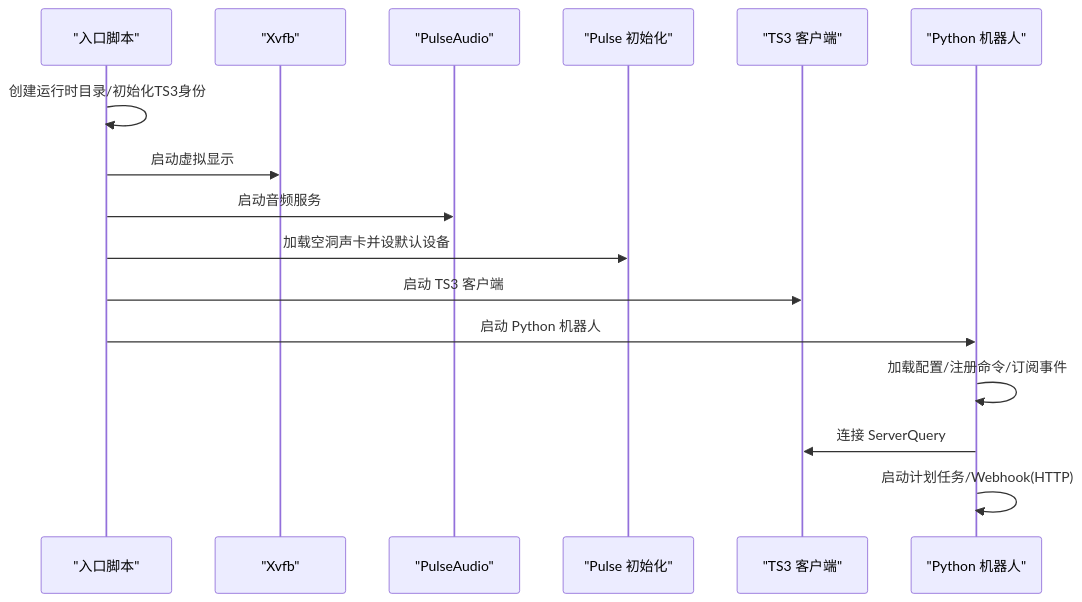
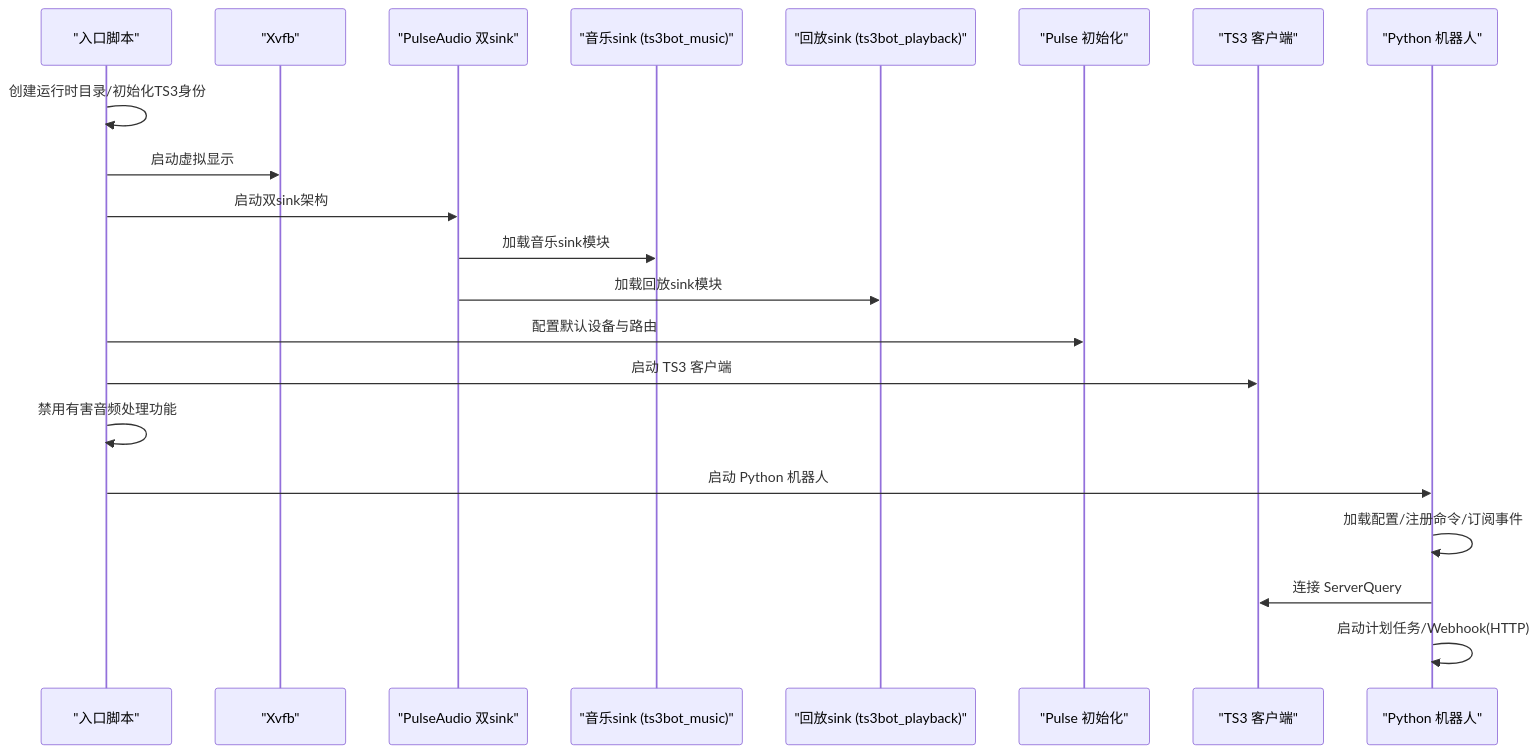
The second of 3 diagrams in .qoder/repowiki/zh/content/部署和运维/部署和运维.md (GhoulOwl/Teamspeak3_Bot), drawn with Mermaid before and after one commit. The commit also changed other lines of this file and 13 other files, not shown here.

````diff
--- a/.qoder/repowiki/zh/content/部署和运维/部署和运维.md
+++ b/.qoder/repowiki/zh/content/部署和运维/部署和运维.md
@@ -103,18 +115,23 @@
 ```mermaid
 sequenceDiagram
 participant Entrypoint as "入口脚本"
 participant Xvfb as "Xvfb"
-participant Pulse as "PulseAudio"
+participant Pulse as "PulseAudio 双sink"
+participant MusicSink as "音乐sink (ts3bot_music)"
+participant PlaybackSink as "回放sink (ts3bot_playback)"
 participant Init as "Pulse 初始化"
 participant TS3 as "TS3 客户端"
 participant Bot as "Python 机器人"
 Entrypoint->>Entrypoint : 创建运行时目录/初始化TS3身份
 Entrypoint->>Xvfb : 启动虚拟显示
-Entrypoint->>Pulse : 启动音频服务
-Entrypoint->>Init : 加载空洞声卡并设默认设备
+Entrypoint->>Pulse : 启动双sink架构
+Pulse->>MusicSink : 加载音乐sink模块
+Pulse->>PlaybackSink : 加载回放sink模块
+Entrypoint->>Init : 配置默认设备与路由
 Entrypoint->>TS3 : 启动 TS3 客户端
+Entrypoint->>Entrypoint : 禁用有害音频处理功能
 Entrypoint->>Bot : 启动 Python 机器人
 Bot->>Bot : 加载配置/注册命令/订阅事件
 Bot->>TS3 : 连接 ServerQuery
 Bot->>Bot : 启动计划任务/Webhook(HTTP)
 ```
````
